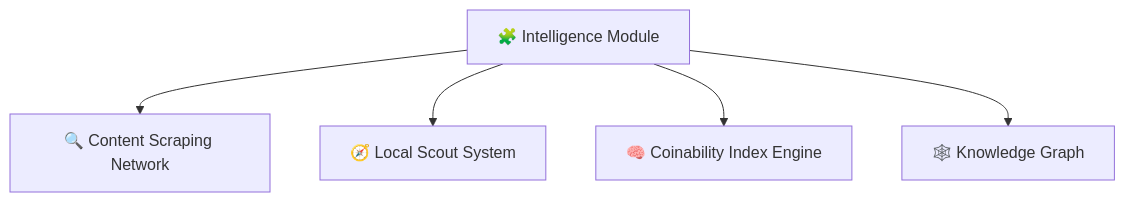
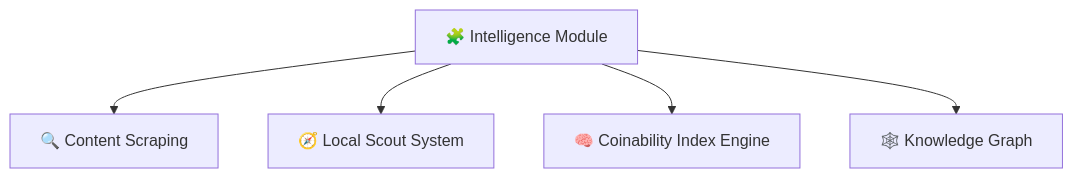
The second of 7 diagrams in README.md (Latticeworks1/meme-syndicate), drawn with Mermaid before and after one commit. The commit also changed other lines of this file, not shown here.

````diff
--- a/README.md
+++ b/README.md
@@ -66,8 +66,8 @@
 ```mermaid
 graph TD
     INTEL[🧩 Intelligence Module]
-    INTEL --> SCRAPER[🔍 Content Scraping Network]
+    INTEL --> SCRAPER[🔍 Content Scraping]
     INTEL --> SCOUT[🧭 Local Scout System]
     INTEL --> CI[🧠 Coinability Index Engine]
     INTEL --> GRAPH[🕸️ Knowledge Graph]
 ```
````
